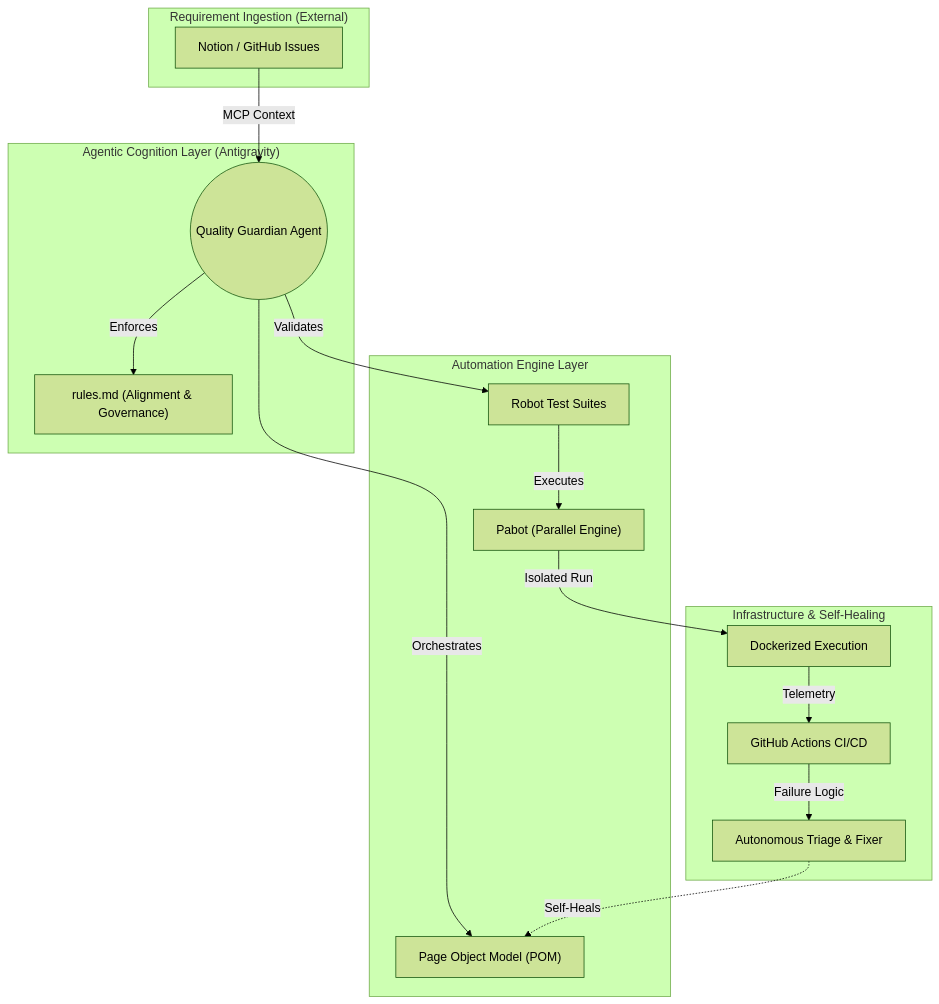
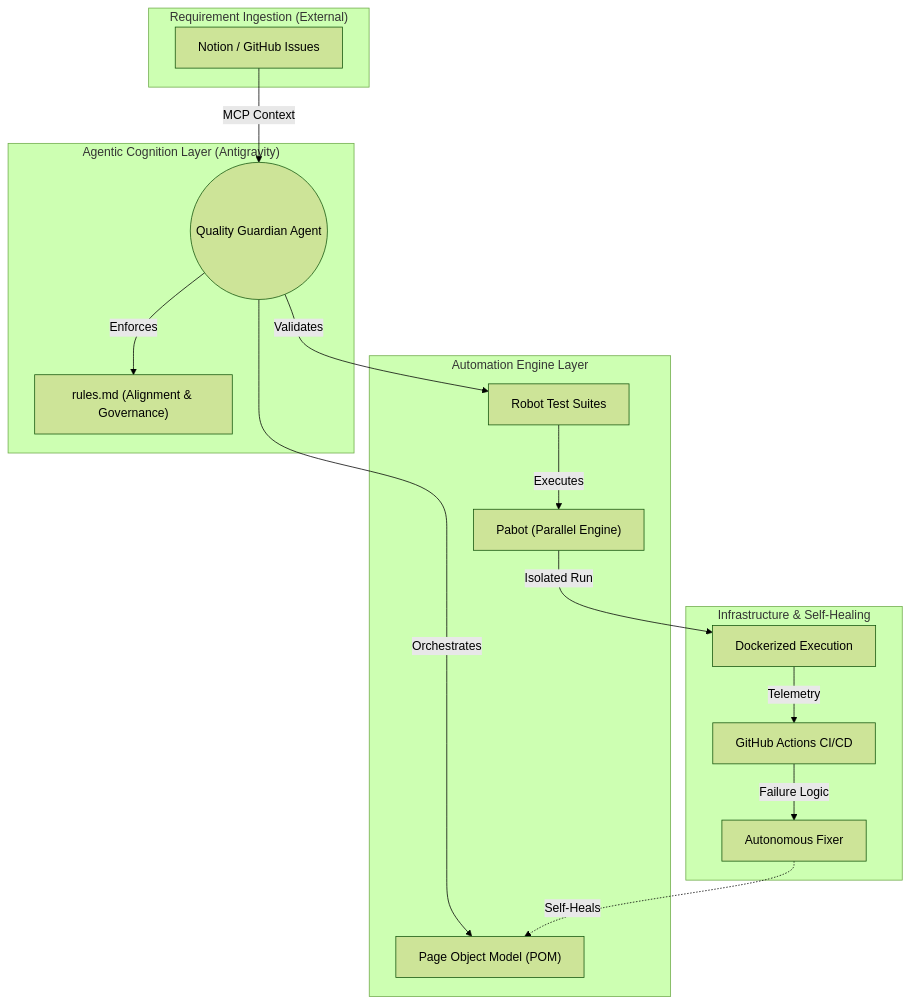
One commit to mehtomate/test-automation-playground changed the first of 2 diagrams in README.md. Above: the diagram before and after it, drawn with Mermaid (forest theme). The commit also changed other lines of this file and 2 other files, not shown here.

````diff
--- a/README.md
+++ b/README.md
@@ -15,33 +15,33 @@
 ```mermaid
 graph TD
     subgraph "Requirement Ingestion (External)"
         A["Notion / GitHub Issues"]
     end
 
     subgraph "Agentic Cognition Layer (Antigravity)"
         B(("Quality Guardian Agent"))
         Rules["rules.md (Alignment & Governance)"]
     end
 
     subgraph "Automation Engine Layer"
         E["Page Object Model (POM)"]
         D["Robot Test Suites"]
         P["Pabot (Parallel Engine)"]
     end
 
     subgraph "Infrastructure & Self-Healing"
         F["Dockerized Execution"]
         G["GitHub Actions CI/CD"]
-        H["Autonomous Triage & Fixer"]
+        H["Autonomous Fixer"]
     end
 
     A -->|MCP Context| B
     B -->|Enforces| Rules
     B -->|Orchestrates| E
     B -->|Validates| D
     D -->|Executes| P
     P -->|Isolated Run| F
     F -->|Telemetry| G
     G -->|Failure Logic| H
     H -.->|Self-Heals| E
 ```
````
